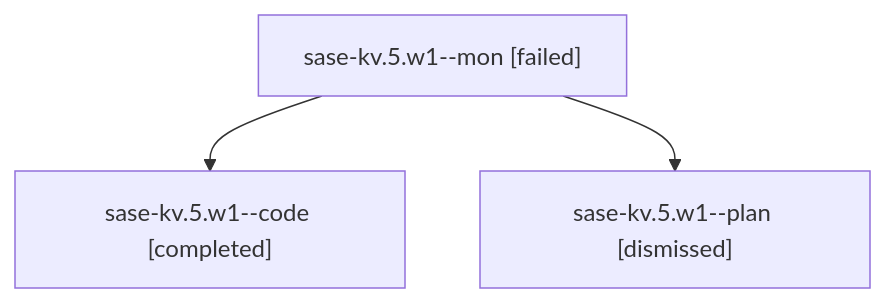
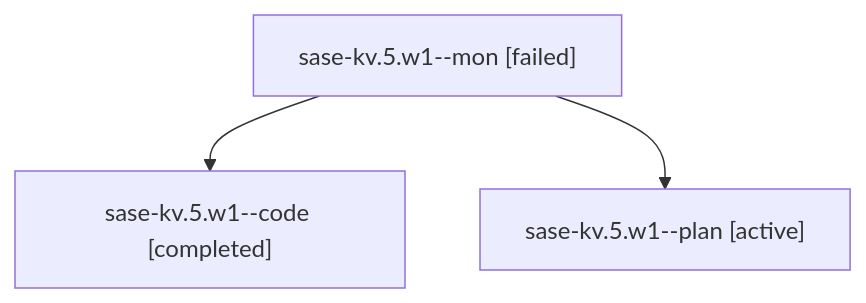
The diagram in families/bbugyi200.athena.sase-kv.5.w1.md (sase-org/sase--agents), drawn with Mermaid before and after one commit. The commit also changed other lines of this file and 35830 other files, not shown here.

````diff
--- a/families/bbugyi200.athena.sase-kv.5.w1.md
+++ b/families/bbugyi200.athena.sase-kv.5.w1.md
@@ -9,8 +9,8 @@
 ```mermaid
 flowchart TD
   n0["sase-kv.5.w1--mon [failed]"]
   n1["sase-kv.5.w1--code [completed]"]
   n0 --> n1
-  n2["sase-kv.5.w1--plan [dismissed]"]
+  n2["sase-kv.5.w1--plan [active]"]
   n0 --> n2
 ```
````
